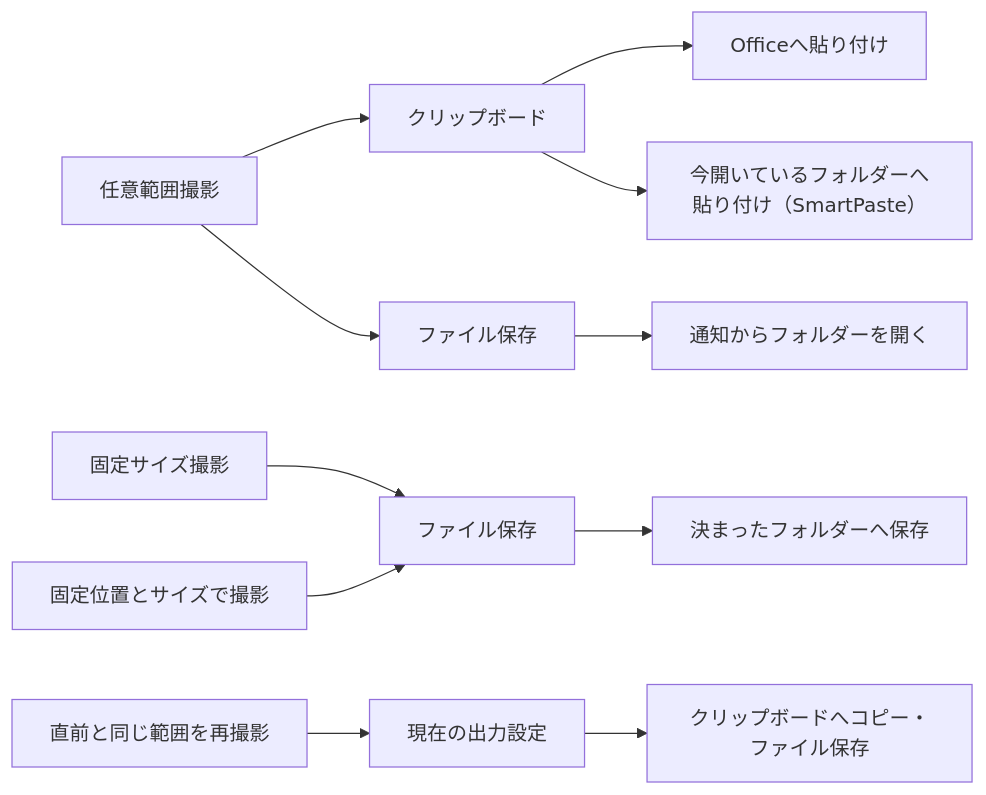
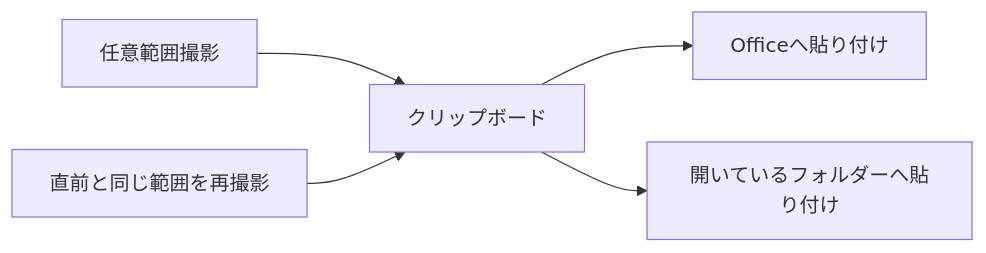
The first of 2 diagrams in README.md (KotorinChunChun/SSCapture), drawn with Mermaid before and after one commit. The commit also changed other lines of this file, not shown here.

Commit message:
活用フローをクリップボードとファイル保存の2図に簡素化する

````diff
--- a/README.md
+++ b/README.md
@@ -9,13 +9,7 @@
 ```mermaid
 flowchart LR
     area["任意範囲撮影"] --> clipboard["クリップボード"]
+    repeat["直前と同じ範囲を再撮影"] --> clipboard
     clipboard --> office["Officeへ貼り付け"]
-    clipboard --> currentFolder["今開いているフォルダーへ貼り付け（SmartPaste）"]
-    area --> file["ファイル保存"]
-    file --> openFolder["通知からフォルダーを開く"]
-    size["固定サイズ撮影"] --> presetFile["ファイル保存"]
-    position["固定位置とサイズで撮影"] --> presetFile
-    presetFile --> presetFolder["決まったフォルダーへ保存"]
-    repeat["直前と同じ範囲を再撮影"] --> currentOutput["現在の出力設定"]
-    currentOutput --> reuse["クリップボードへコピー・ファイル保存"]
+    clipboard --> currentFolder["開いているフォルダーへ貼り付け"]
 ```
````
